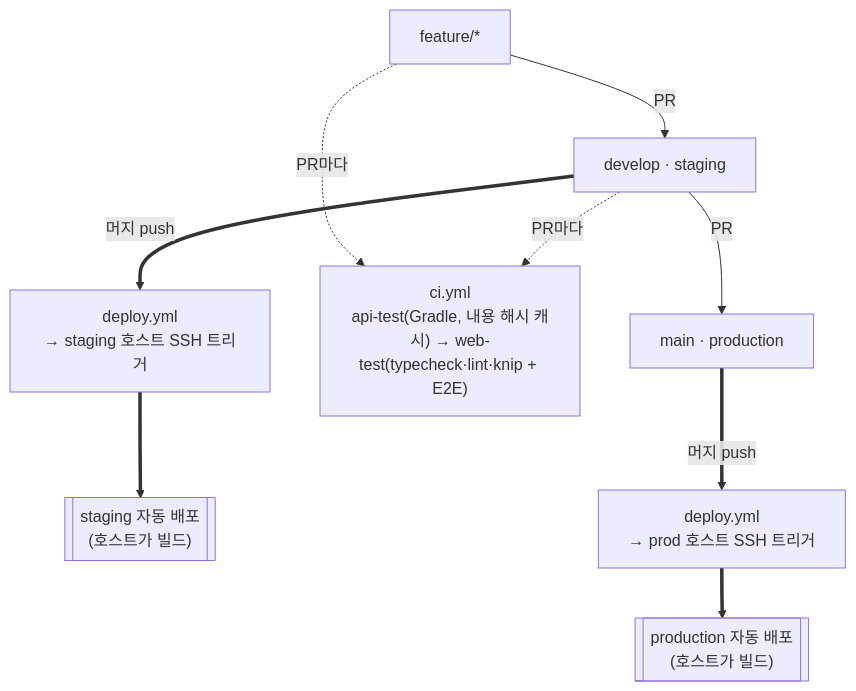
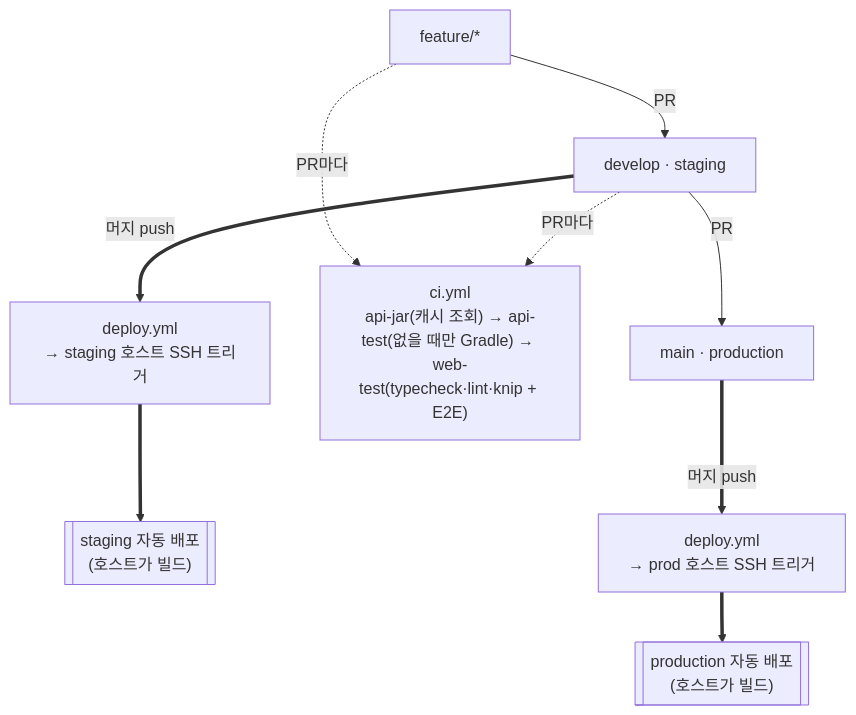
Before and after one commit to wafflestudio/cse.snu.ac.kr: the diagram in README.md, drawn with Mermaid. The commit also changed other lines of this file and 3 other files, not shown here.

Commit message:
chore(ci): 단계 if 를 잡 수준으로 — api-jar 조회 → api-test(없을 때만) → web-test

````diff
--- a/README.md
+++ b/README.md
@@ -39,12 +39,12 @@
 ```mermaid
 flowchart TD
   feat["feature/*"] -->|"PR"| dev["develop · staging"]
   dev -->|"PR"| main["main · production"]
 
   feat -. "PR마다" .-> ci
   dev -. "PR마다" .-> ci
-  ci["ci.yml<br/>api-test(Gradle, 내용 해시 캐시) → web-test(typecheck·lint·knip + E2E)"]
+  ci["ci.yml<br/>api-jar(캐시 조회) → api-test(없을 때만 Gradle) → web-test(typecheck·lint·knip + E2E)"]
 
   dev ==>|"머지 push"| dstg["deploy.yml<br/>→ staging 호스트 SSH 트리거"] ==> stg[["staging 자동 배포<br/>(호스트가 빌드)"]]
   main ==>|"머지 push"| dprd["deploy.yml<br/>→ prod 호스트 SSH 트리거"] ==> prd[["production 자동 배포<br/>(호스트가 빌드)"]]
 ```
````
